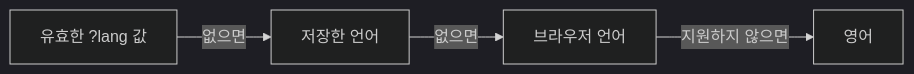
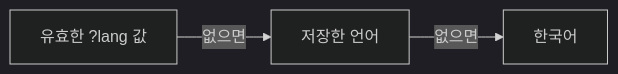
One commit to comnori/motion-prompt changed the diagram in README.ko.md. Above: the diagram before and after it, drawn with Mermaid (dark theme). The commit also changed other lines of this file and 1225 other files, not shown here.

````diff
--- a/README.ko.md
+++ b/README.ko.md
@@ -21,6 +23,5 @@
 ```mermaid
 flowchart LR
   URL["유효한 ?lang 값"] -->|없으면| Saved["저장한 언어"]
-  Saved -->|없으면| Browser["브라우저 언어"]
-  Browser -->|지원하지 않으면| English["영어"]
+  Saved -->|없으면| Korean["한국어"]
 ```
````
